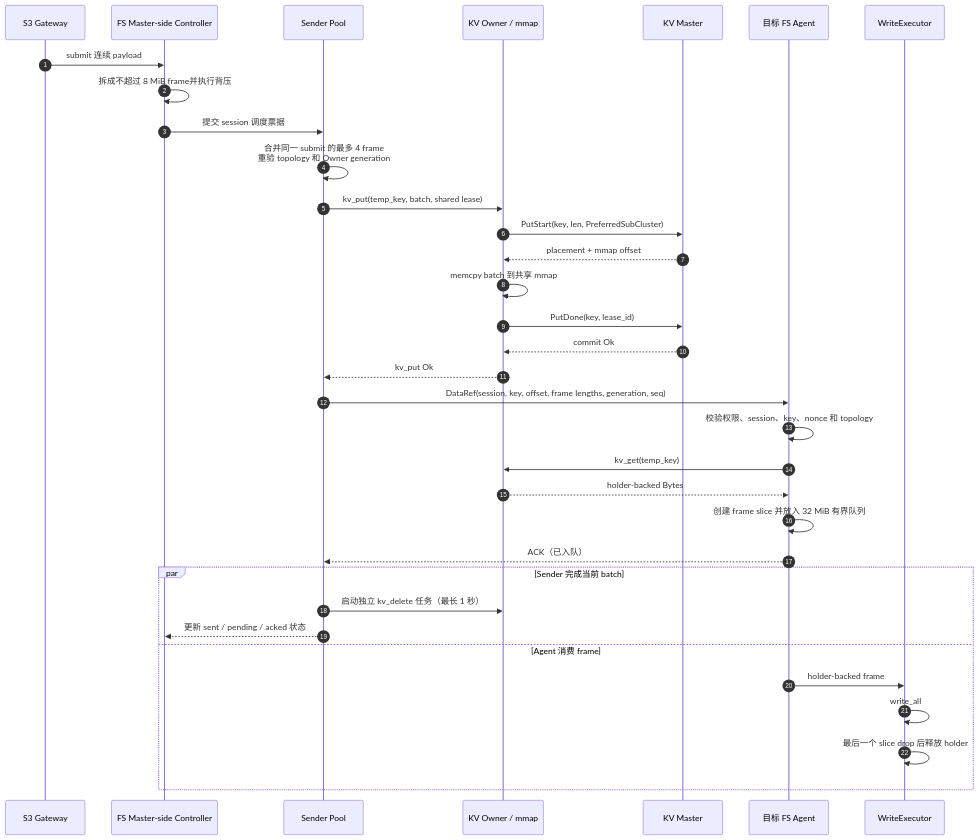
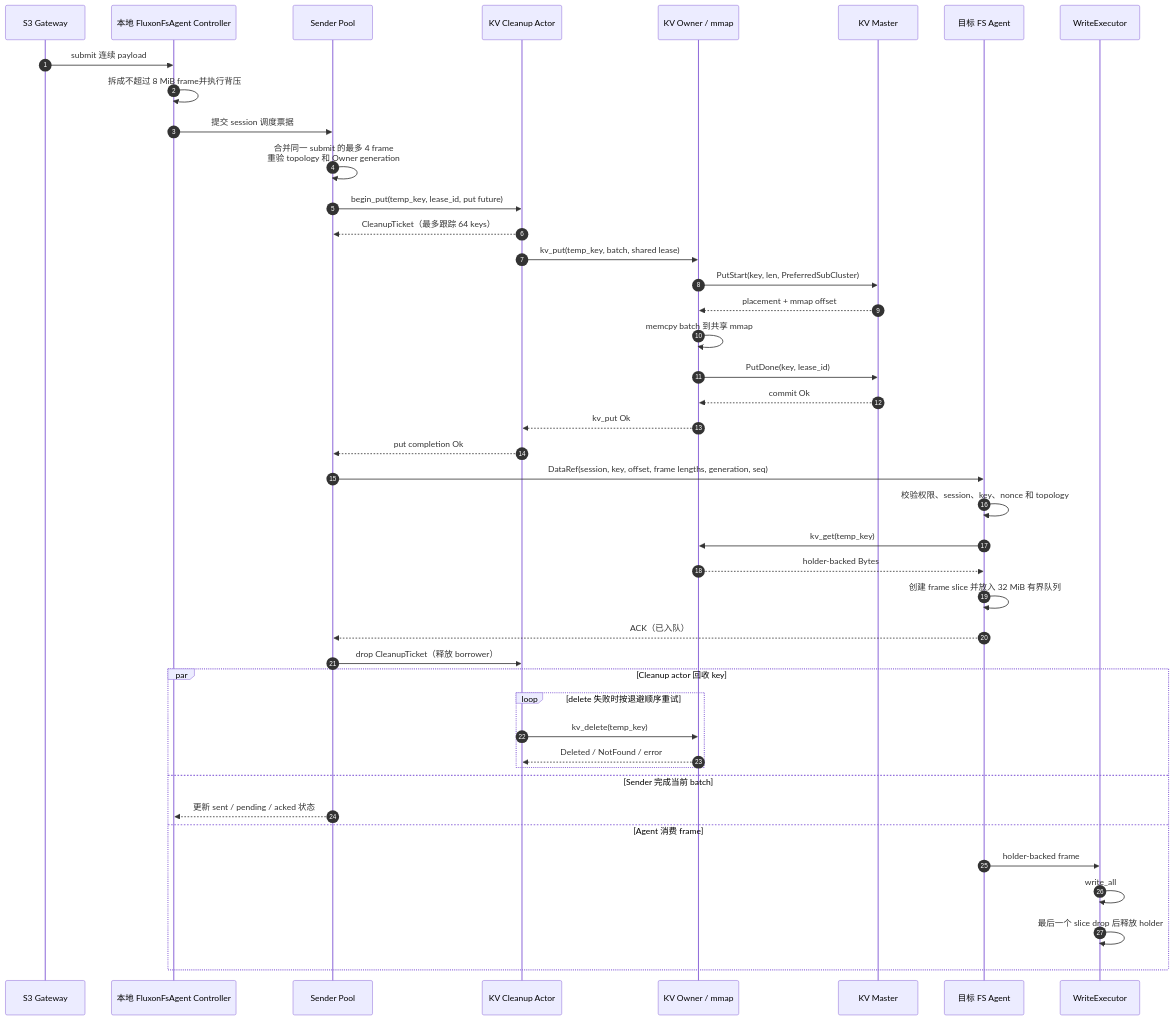
The ninth of 20 diagrams in fluxon_doc_cn/design/fs_s3_1_混合写入链路.md (Tele-AI/Fluxon), drawn with Mermaid before and after one commit. The commit also changed other lines of this file and 6 other files, not shown here.

````diff
--- a/fluxon_doc_cn/design/fs_s3_1_混合写入链路.md
+++ b/fluxon_doc_cn/design/fs_s3_1_混合写入链路.md
@@ -420,38 +578,47 @@
 ```mermaid
 sequenceDiagram
     autonumber
     participant G as S3 Gateway
-    participant C as FS Master-side Controller
+    participant C as 本地 FluxonFsAgent Controller
     participant S as Sender Pool
+    participant D as KV Cleanup Actor
     participant O as KV Owner / mmap
     participant M as KV Master
     participant A as 目标 FS Agent
     participant W as WriteExecutor
 
     G->>C: submit 连续 payload
     C->>C: 拆成不超过 8 MiB frame并执行背压
     C->>S: 提交 session 调度票据
     S->>S: 合并同一 submit 的最多 4 frame<br/>重验 topology 和 Owner generation
-    S->>O: kv_put(temp_key, batch, shared lease)
+    S->>D: begin_put(temp_key, lease_id, put future)
+    D-->>S: CleanupTicket（最多跟踪 64 keys）
+    D->>O: kv_put(temp_key, batch, shared lease)
     O->>M: PutStart(key, len, PreferredSubCluster)
     M-->>O: placement + mmap offset
     O->>O: memcpy batch 到共享 mmap
     O->>M: PutDone(key, lease_id)
     M-->>O: commit Ok
-    O-->>S: kv_put Ok
+    O-->>D: kv_put Ok
+    D-->>S: put completion Ok
     S->>A: DataRef(session, key, offset, frame lengths, generation, seq)
     A->>A: 校验权限、session、key、nonce 和 topology
     A->>O: kv_get(temp_key)
     O-->>A: holder-backed Bytes
     A->>A: 创建 frame slice 并放入 32 MiB 有界队列
     A-->>S: ACK（已入队）
+    S->>D: drop CleanupTicket（释放 borrower）
 
-    par Sender 完成当前 batch
-        S->>O: 启动独立 kv_delete 任务（最长 1 秒）
+    par Cleanup actor 回收 key
+        loop delete 失败时按退避顺序重试
+            D->>O: kv_delete(temp_key)
+            O-->>D: Deleted / NotFound / error
+        end
+    and Sender 完成当前 batch
         S-->>C: 更新 sent / pending / acked 状态
     and Agent 消费 frame
         A->>W: holder-backed frame
         W->>W: write_all
         W->>W: 最后一个 slice drop 后释放 holder
     end
 ```
````
